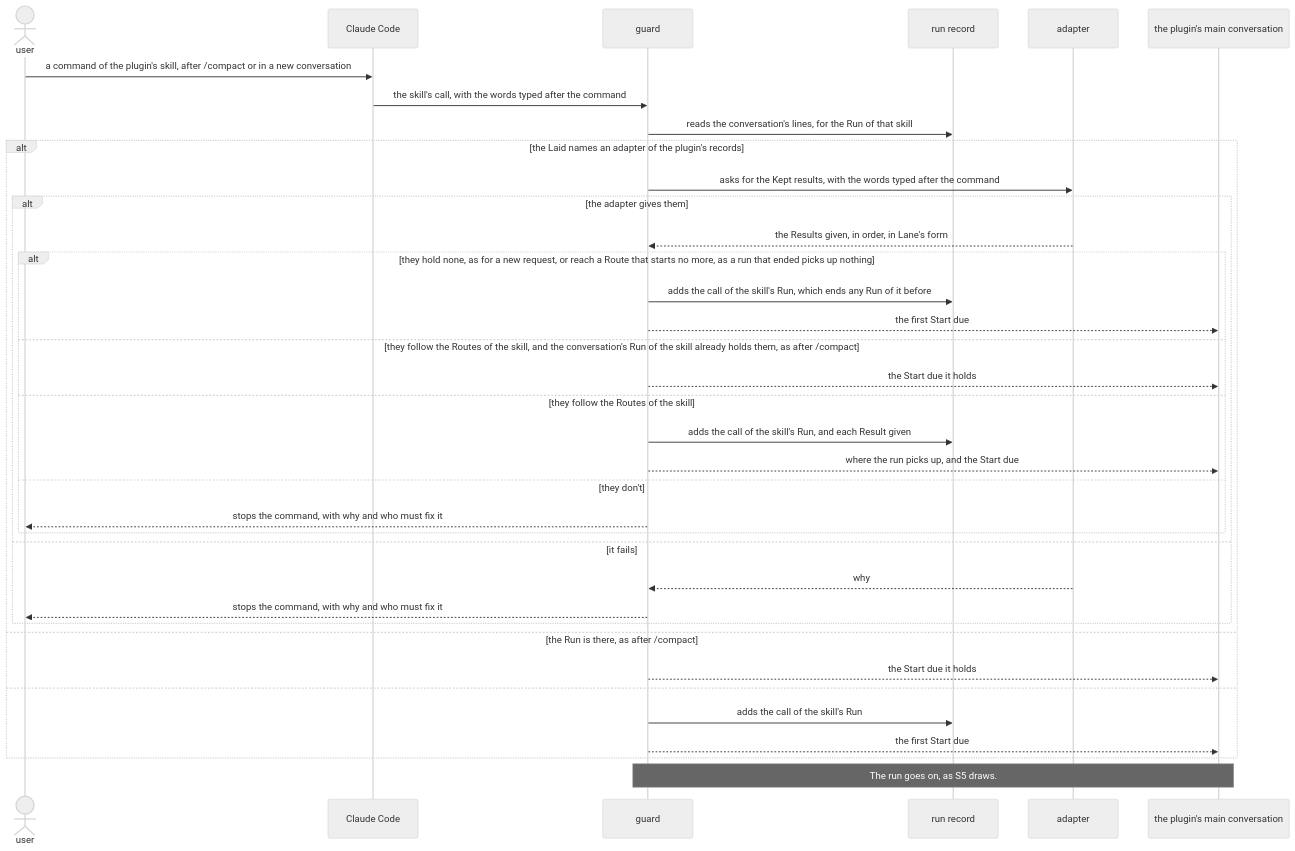
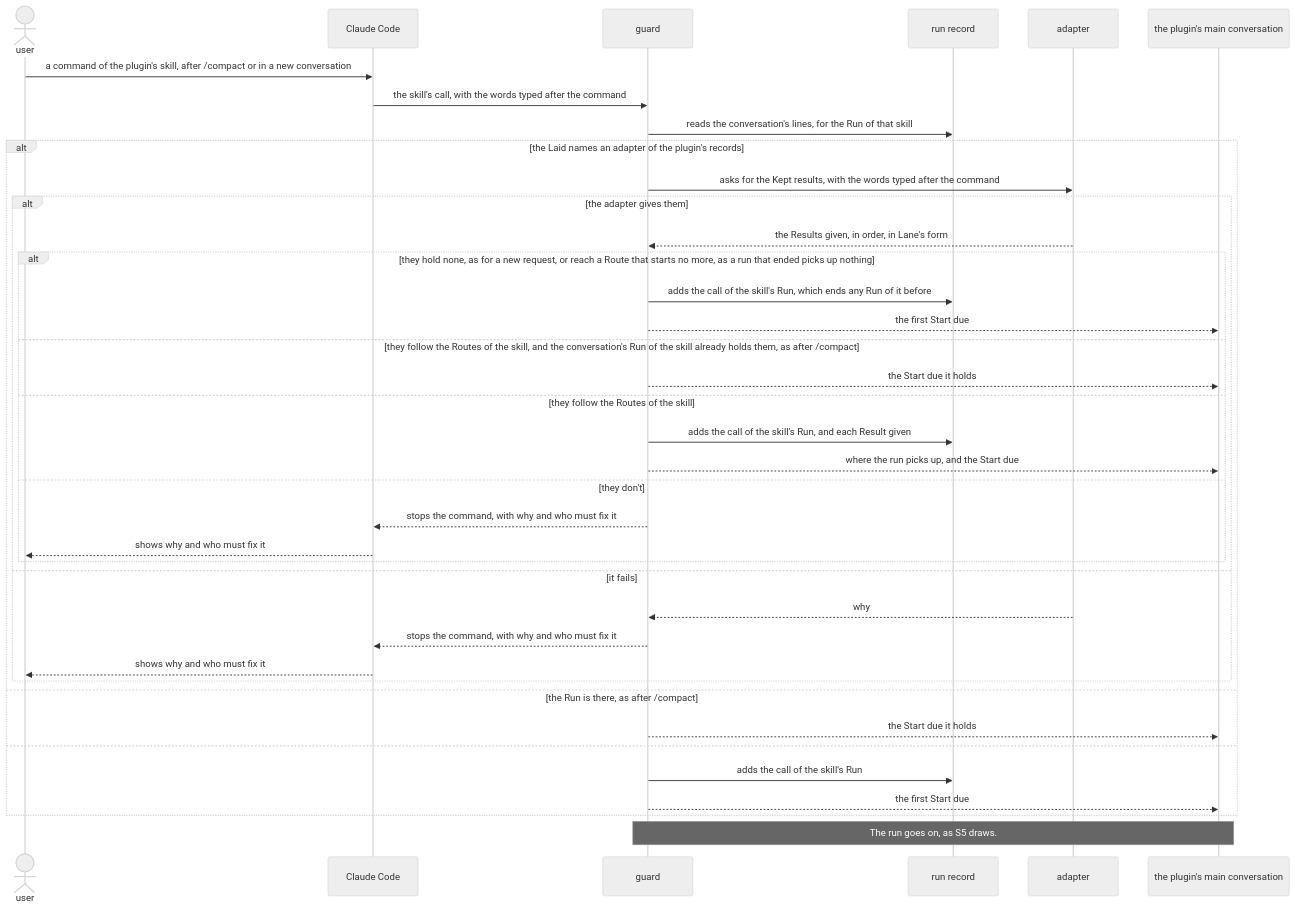
Before and after one commit to lovaizu/ccpm: the seventh of 7 diagrams in dev/lane/architecture.md, drawn with Mermaid (neutral theme). The commit also changed other lines of this file and 6 other files, not shown here.

````diff
--- a/dev/lane/architecture.md
+++ b/dev/lane/architecture.md
@@ -751,38 +763,40 @@
 ```mermaid
 sequenceDiagram
   actor U as user
   participant CC as Claude Code
   participant G as guard
   participant RS as run record
   participant A as adapter
   participant M as the plugin's main conversation
   U->>CC: a command of the plugin's skill, after /compact or in a new conversation
   CC->>G: the skill's call, with the words typed after the command
   G->>RS: reads the conversation's lines, for the Run of that skill
   alt the Laid names an adapter of the plugin's records
     G->>A: asks for the Kept results, with the words typed after the command
     alt the adapter gives them
       A-->>G: the Results given, in order, in Lane's form
       alt they hold none, as for a new request, or reach a Route that starts no more, as a run that ended picks up nothing
         G->>RS: adds the call of the skill's Run, which ends any Run of it before
         G-->>M: the first Start due
       else they follow the Routes of the skill, and the conversation's Run of the skill already holds them, as after /compact
         G-->>M: the Start due it holds
       else they follow the Routes of the skill
         G->>RS: adds the call of the skill's Run, and each Result given
         G-->>M: where the run picks up, and the Start due
       else they don't
-        G-->>U: stops the command, with why and who must fix it
+        G-->>CC: stops the command, with why and who must fix it
+        CC-->>U: shows why and who must fix it
       end
     else it fails
       A-->>G: why
-      G-->>U: stops the command, with why and who must fix it
+      G-->>CC: stops the command, with why and who must fix it
+      CC-->>U: shows why and who must fix it
     end
   else the Run is there, as after /compact
     G-->>M: the Start due it holds
   else
     G->>RS: adds the call of the skill's Run
     G-->>M: the first Start due
   end
   Note over M,G: The run goes on, as S5 draws.
 ```
````
